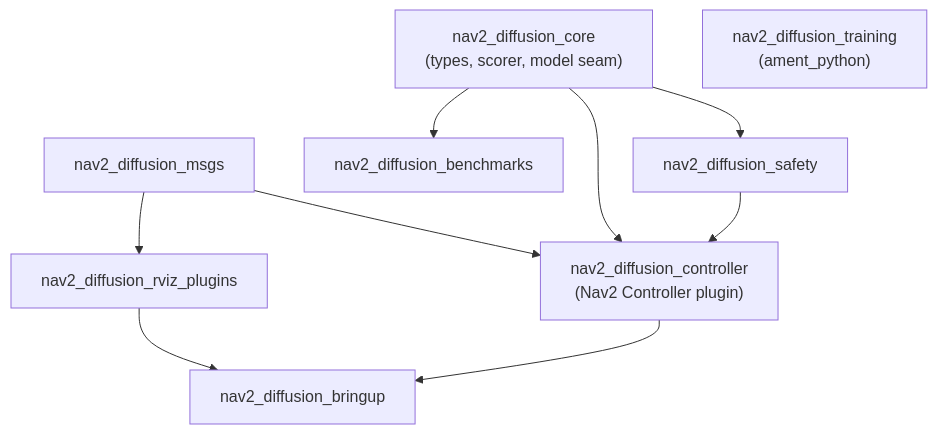
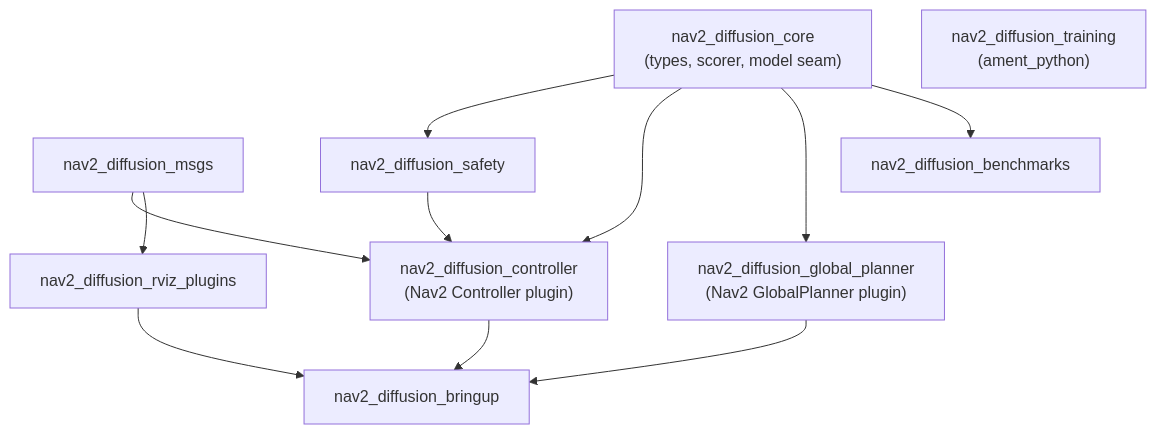
One commit to rsasaki0109/Nav2PlannerBattle changed the diagram in docs/architecture.md. Above: the diagram before and after it, drawn with Mermaid. The commit also changed other lines of this file and 18 other files, not shown here.

First line of the commit message:
global_planner: generative Nav2 GlobalPlanner plugin (Mode B)

````diff
--- a/docs/architecture.md
+++ b/docs/architecture.md
@@ -361,20 +361,23 @@
 ```mermaid
 flowchart TD
   msgs["nav2_diffusion_msgs"]
   core["nav2_diffusion_core<br/>(types, scorer, model seam)"]
   safety["nav2_diffusion_safety"]
   controller["nav2_diffusion_controller<br/>(Nav2 Controller plugin)"]
+  globalplanner["nav2_diffusion_global_planner<br/>(Nav2 GlobalPlanner plugin)"]
   benchmarks["nav2_diffusion_benchmarks"]
   rviz["nav2_diffusion_rviz_plugins"]
   bringup["nav2_diffusion_bringup"]
   training["nav2_diffusion_training<br/>(ament_python)"]
 
   core --> safety
   core --> controller
+  core --> globalplanner
   core --> benchmarks
   msgs --> controller
   safety --> controller
   msgs --> rviz
   controller --> bringup
+  globalplanner --> bringup
   rviz --> bringup
 ```
````
